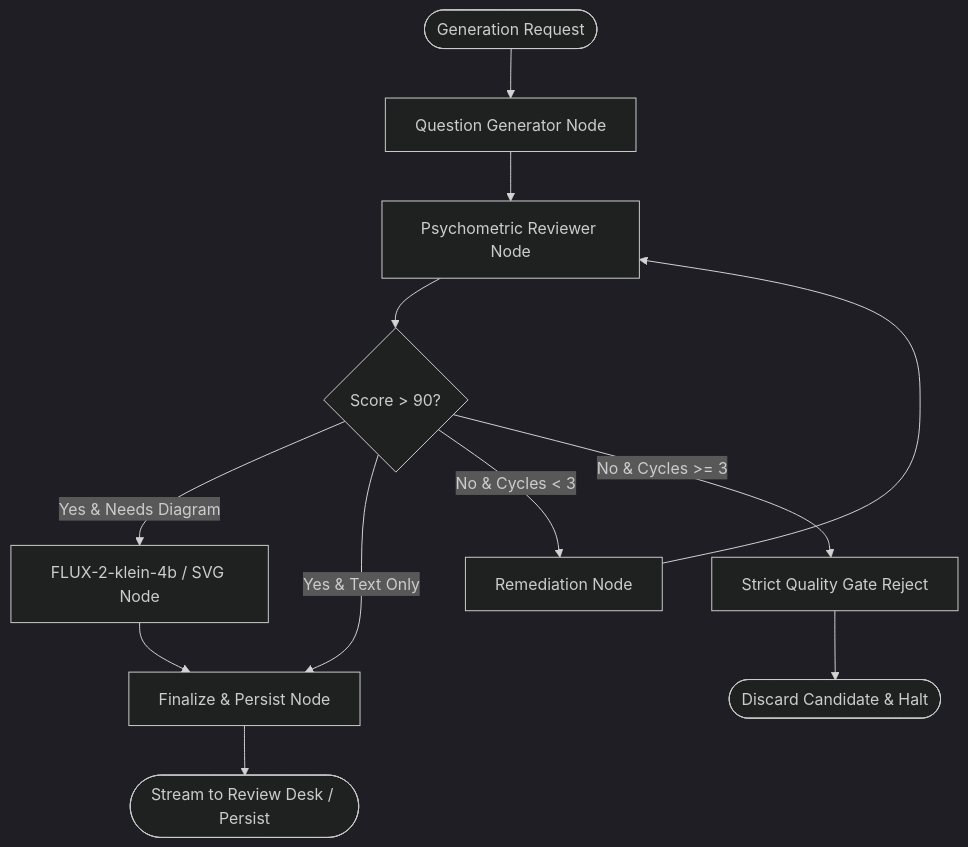
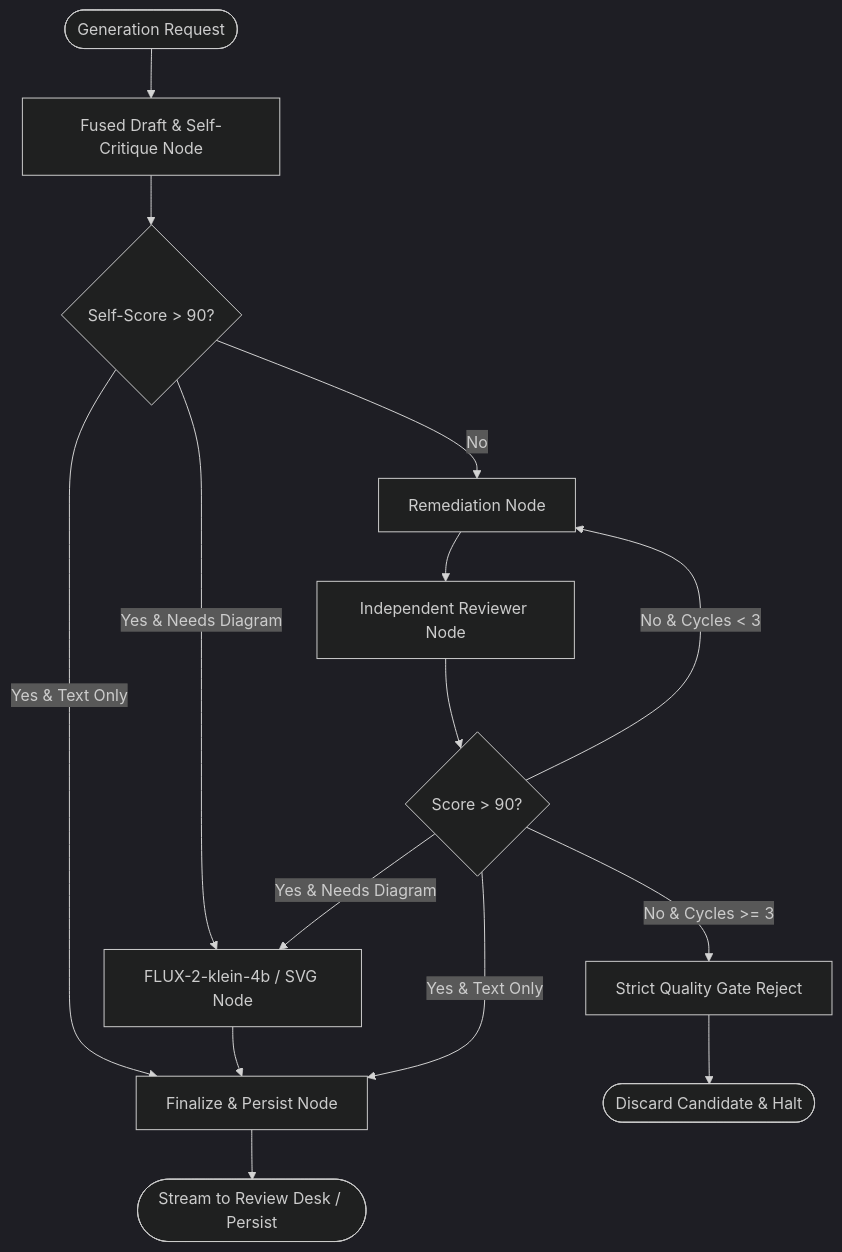
The diagram in backend/README.md (VishwamPatel-Infynno/MCAT-Question-Bank-Generator), drawn with Mermaid (dark theme) before and after one commit. The commit also changed other lines of this file and 11 other files, not shown here.

````diff
--- a/backend/README.md
+++ b/backend/README.md
@@ -65,17 +65,21 @@
 ```mermaid
 graph TD
-    Start([Generation Request]) --> NodeGen[Question Generator Node]
-    NodeGen --> NodeRev[Psychometric Reviewer Node]
+    Start([Generation Request]) --> NodeFused[Fused Draft & Self-Critique Node]
+    
+    NodeFused --> FusedScoreCheck{Self-Score > 90?}
+    FusedScoreCheck -->|Yes & Needs Diagram| NodeImg[FLUX-2-klein-4b / SVG Node]
+    FusedScoreCheck -->|Yes & Text Only| NodeFin[Finalize & Persist Node]
+    NodeImg --> NodeFin
+    
+    FusedScoreCheck -->|No| NodeRegen[Remediation Node]
+    NodeRegen --> NodeRev[Independent Reviewer Node]
     
     NodeRev --> ScoreCheck{Score > 90?}
-    ScoreCheck -->|Yes & Needs Diagram| NodeImg[FLUX-2-klein-4b / SVG Node]
-    ScoreCheck -->|Yes & Text Only| NodeFin[Finalize & Persist Node]
-    NodeImg --> NodeFin
+    ScoreCheck -->|Yes & Needs Diagram| NodeImg
+    ScoreCheck -->|Yes & Text Only| NodeFin
+    ScoreCheck -->|No & Cycles < 3| NodeRegen
+    ScoreCheck -->|No & Cycles >= 3| NodeReject[Strict Quality Gate Reject]
     
-    ScoreCheck -->|No & Cycles < 3| NodeRegen[Remediation Node]
-    NodeRegen --> NodeRev
-    
-    ScoreCheck -->|No & Cycles >= 3| NodeReject[Strict Quality Gate Reject]
     NodeReject --> Discard([Discard Candidate & Halt])
     NodeFin --> Success([Stream to Review Desk / Persist])
 ```
````
